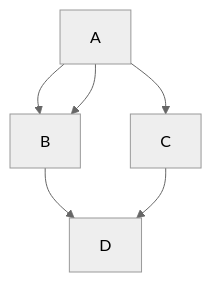
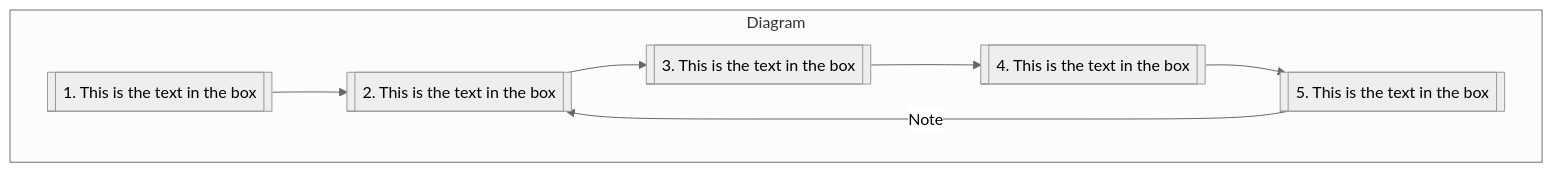
Before and after one commit to armandoagudelo/test: the diagram in README.md, drawn with Mermaid (neutral theme). The commit also changed other lines of this file, not shown here.

````diff
--- a/README.md
+++ b/README.md
@@ -5,10 +4,20 @@
 ```mermaid
-graph TD;
-A;
-A-->B;
 
-    A-->B;
-    A-->C;
-    B-->D;
-    C-->D;
+
+flowchart TD;
+
+    subgraph section [Diagram]
+
+      A[[1. This is the text in the box]];
+      B[[2. This is the text in the box]];
+      C[[3. This is the text in the box]];
+      D[[4. This is the text in the box]];
+      E[[5. This is the text in the box]];
+      click A "https://github.com/armandoagudelo/test/wiki" "Link for A" _blank
+      A-->B;
+      B-->C;
+      C-->D;
+      D-->E;
+      E-->|Note|B;
+    end
 ```
````
